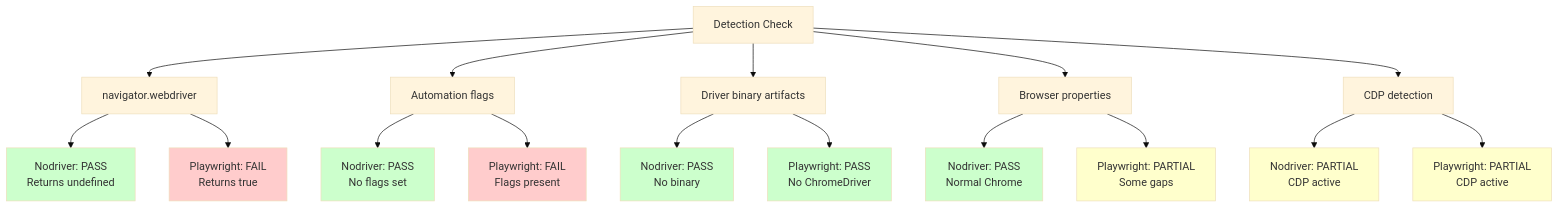
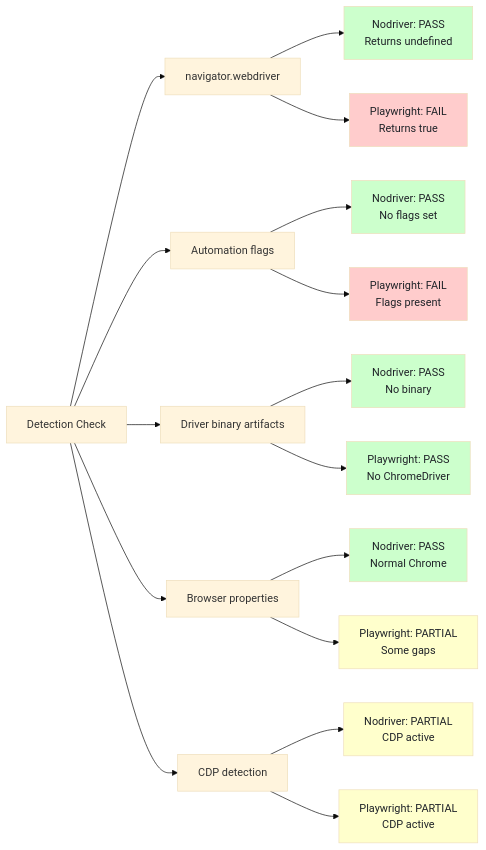
Before and after one commit to bytetunnels/bytetunnels.github.com: the second of 4 diagrams in _posts/2026-02-24-nodriver-vs-playwright-which-is-stealthier-2026.md, drawn with Mermaid (base theme). The commit also changed other lines of this file and 118 other files, not shown here.

Commit message:
feat: improve diagram styling and compact wide flowcharts

````diff
--- a/_posts/2026-02-24-nodriver-vs-playwright-which-is-stealthier-2026.md
+++ b/_posts/2026-02-24-nodriver-vs-playwright-which-is-stealthier-2026.md
@@ -76,34 +76,34 @@
 ```mermaid
-graph TD
+graph LR
     A["Detection Check"] --> B["navigator.webdriver"]
     A --> C["Automation flags"]
     A --> D["Driver binary artifacts"]
     A --> E["Browser properties"]
     A --> F["CDP detection"]
 
-    B --> B1["Nodriver: PASS<br>Returns undefined"]
-    B --> B2["Playwright: FAIL<br>Returns true"]
+    B --> B1["Nodriver: PASS<br/>Returns undefined"]
+    B --> B2["Playwright: FAIL<br/>Returns true"]
 
-    C --> C1["Nodriver: PASS<br>No flags set"]
-    C --> C2["Playwright: FAIL<br>Flags present"]
+    C --> C1["Nodriver: PASS<br/>No flags set"]
+    C --> C2["Playwright: FAIL<br/>Flags present"]
 
-    D --> D1["Nodriver: PASS<br>No binary"]
-    D --> D2["Playwright: PASS<br>No ChromeDriver"]
+    D --> D1["Nodriver: PASS<br/>No binary"]
+    D --> D2["Playwright: PASS<br/>No ChromeDriver"]
 
-    E --> E1["Nodriver: PASS<br>Normal Chrome"]
-    E --> E2["Playwright: PARTIAL<br>Some gaps"]
+    E --> E1["Nodriver: PASS<br/>Normal Chrome"]
+    E --> E2["Playwright: PARTIAL<br/>Some gaps"]
 
-    F --> F1["Nodriver: PARTIAL<br>CDP active"]
-    F --> F2["Playwright: PARTIAL<br>CDP active"]
+    F --> F1["Nodriver: PARTIAL<br/>CDP active"]
+    F --> F2["Playwright: PARTIAL<br/>CDP active"]
 
-    style B1 fill:#ccffcc
-    style B2 fill:#ffcccc
-    style C1 fill:#ccffcc
-    style C2 fill:#ffcccc
-    style D1 fill:#ccffcc
-    style D2 fill:#ccffcc
-    style E1 fill:#ccffcc
-    style E2 fill:#ffffcc
-    style F1 fill:#ffffcc
-    style F2 fill:#ffffcc
+    style B1 fill:#ccffcc,color:#1f2328
+    style B2 fill:#ffcccc,color:#1f2328
+    style C1 fill:#ccffcc,color:#1f2328
+    style C2 fill:#ffcccc,color:#1f2328
+    style D1 fill:#ccffcc,color:#1f2328
+    style D2 fill:#ccffcc,color:#1f2328
+    style E1 fill:#ccffcc,color:#1f2328
+    style E2 fill:#ffffcc,color:#1f2328
+    style F1 fill:#ffffcc,color:#1f2328
+    style F2 fill:#ffffcc,color:#1f2328
 ```
````
